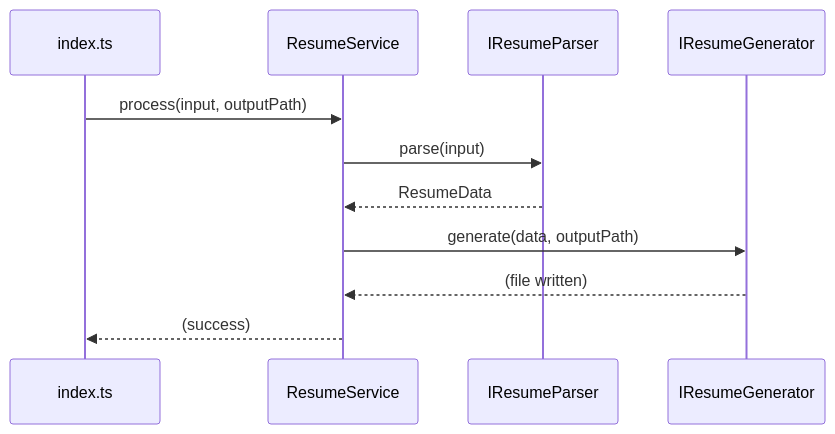
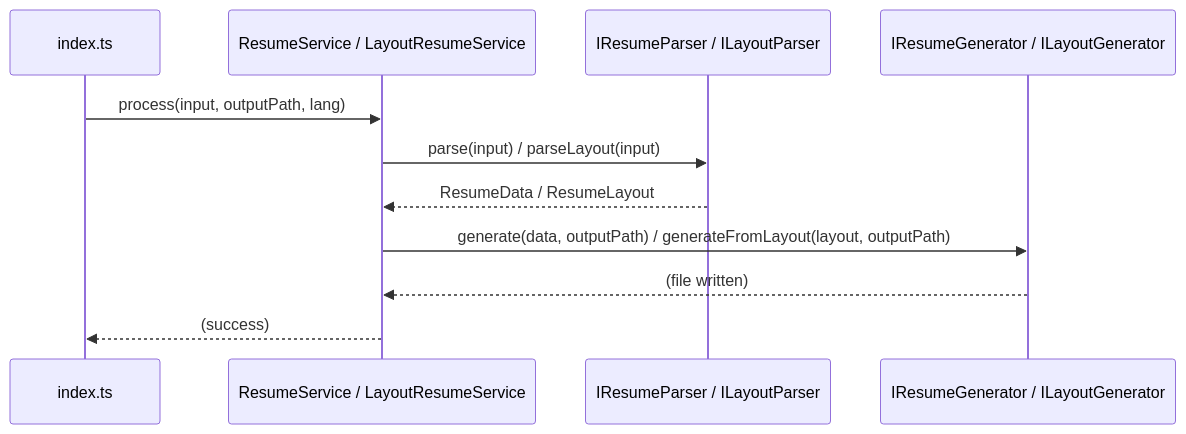
Before and after one commit to ahmadmdabit/ats-resume-generator: the third of 4 diagrams in README.md, drawn with Mermaid. The commit also changed other lines of this file and 12 other files, not shown here.

````diff
--- a/README.md
+++ b/README.md
@@ -210,14 +243,14 @@
 ```mermaid
 sequenceDiagram
     participant CLI as index.ts
-    participant Service as ResumeService
-    participant Parser as IResumeParser
-    participant Generator as IResumeGenerator
+    participant Service as ResumeService / LayoutResumeService
+    participant Parser as IResumeParser / ILayoutParser
+    participant Generator as IResumeGenerator / ILayoutGenerator
 
-    CLI->>Service: process(input, outputPath)
-    Service->>Parser: parse(input)
-    Parser-->>Service: ResumeData
-    Service->>Generator: generate(data, outputPath)
+    CLI->>Service: process(input, outputPath, lang)
+    Service->>Parser: parse(input) / parseLayout(input)
+    Parser-->>Service: ResumeData / ResumeLayout
+    Service->>Generator: generate(data, outputPath) / generateFromLayout(layout, outputPath)
     Generator-->>Service: (file written)
     Service-->>CLI: (success)
 ```
````
